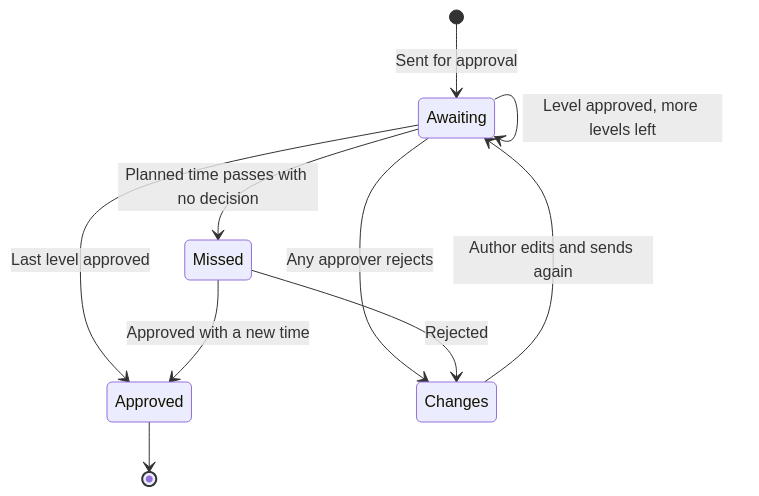
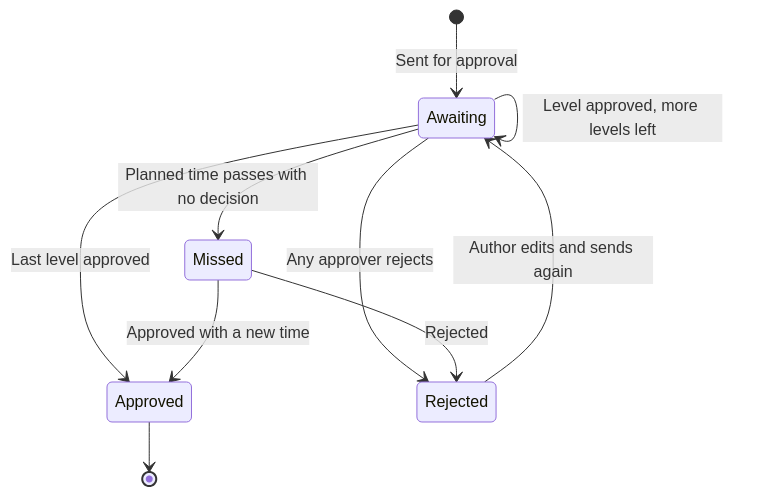
One commit to Ghulam-Jaffar/contentstudio-agentic-product-pipeline changed the second of 2 diagrams in docs/features/approval-board-view/02-workflow.md. Above: the diagram before and after it, drawn with Mermaid. The commit also changed other lines of this file and 16 other files, not shown here.

````diff
--- a/docs/features/approval-board-view/02-workflow.md
+++ b/docs/features/approval-board-view/02-workflow.md
@@ -43,12 +43,12 @@
 ```mermaid
 stateDiagram-v2
     [*] --> Awaiting: Sent for approval
     Awaiting --> Awaiting: Level approved, more levels left
     Awaiting --> Approved: Last level approved
     Awaiting --> Missed: Planned time passes with no decision
-    Awaiting --> Changes: Any approver rejects
+    Awaiting --> Rejected: Any approver rejects
     Missed --> Approved: Approved with a new time
-    Missed --> Changes: Rejected
-    Changes --> Awaiting: Author edits and sends again
+    Missed --> Rejected: Rejected
+    Rejected --> Awaiting: Author edits and sends again
     Approved --> [*]
 ```
````
